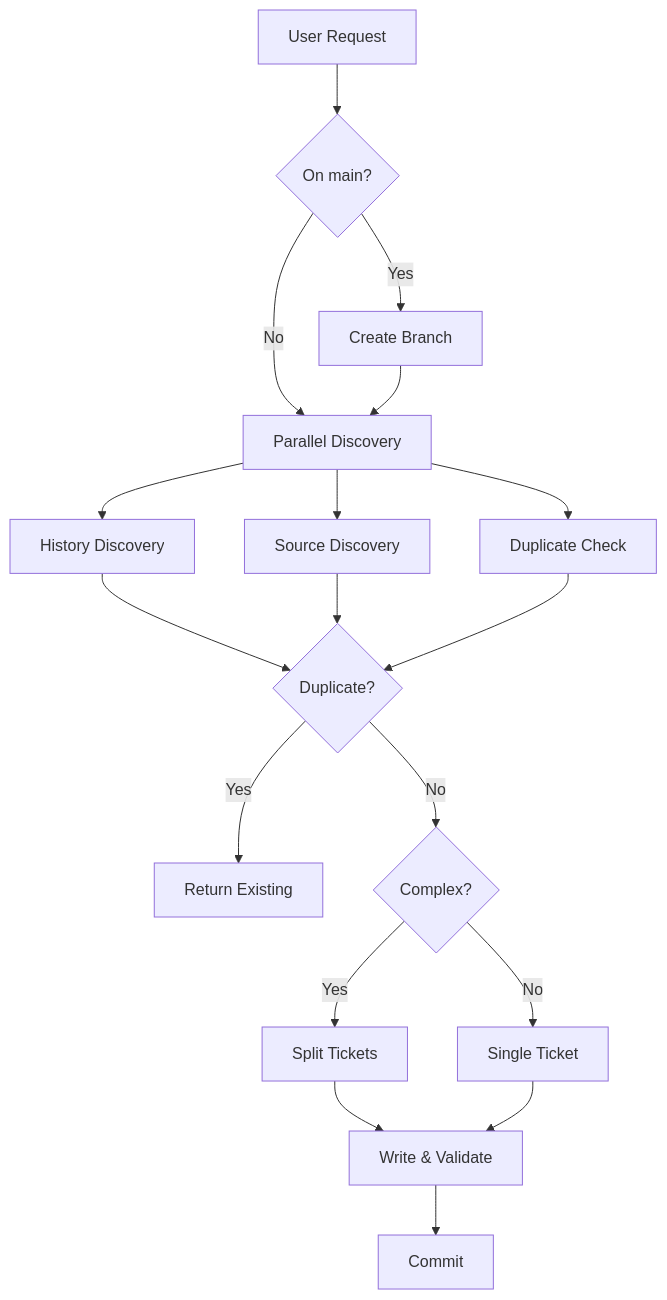
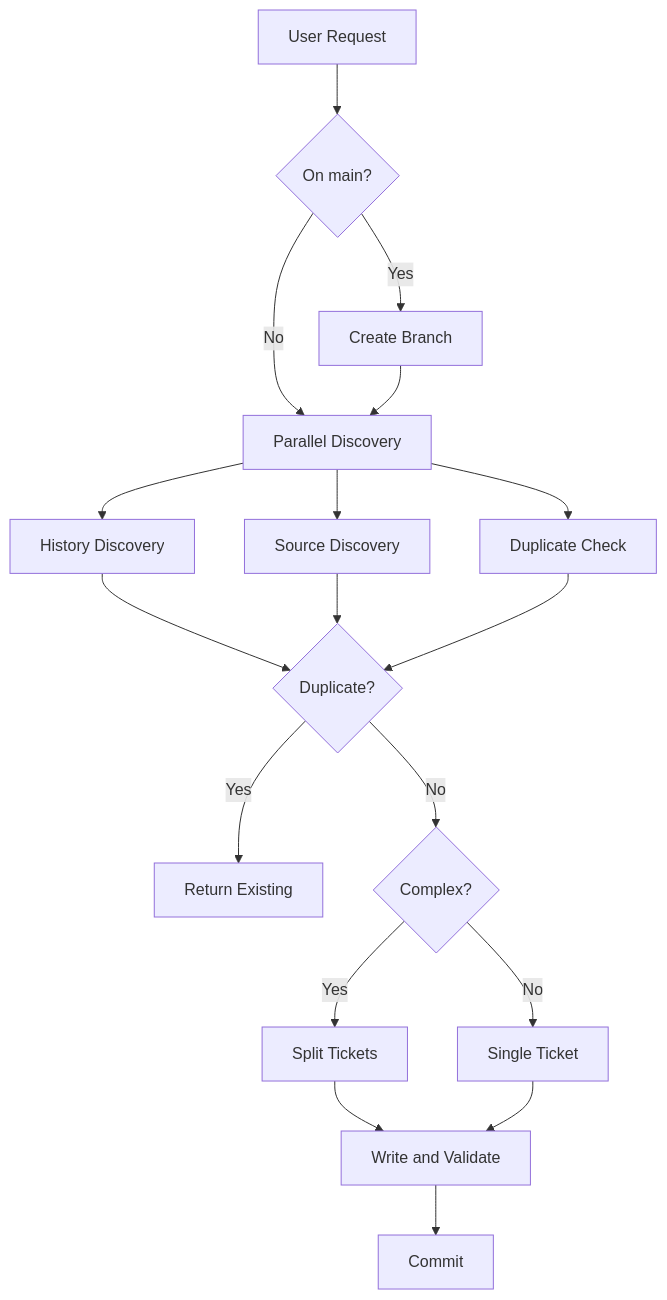
The first of 8 diagrams in .workaholic/specs/feature.md (qmu/workaholic), drawn with Mermaid before and after one commit. The commit also changed other lines of this file and 57 other files, not shown here.

````diff
--- a/.workaholic/specs/feature.md
+++ b/.workaholic/specs/feature.md
@@ -37,20 +37,20 @@
 ```mermaid
 flowchart TD
     A[User Request] --> B{On main?}
     B -->|Yes| C[Create Branch]
     B -->|No| D[Parallel Discovery]
     C --> D
     D --> E[History Discovery]
     D --> F[Source Discovery]
     D --> G[Duplicate Check]
     E --> H{Duplicate?}
     F --> H
     G --> H
     H -->|Yes| I[Return Existing]
     H -->|No| J{Complex?}
     J -->|Yes| K[Split Tickets]
     J -->|No| L[Single Ticket]
-    K --> M[Write & Validate]
+    K --> M[Write and Validate]
     L --> M
     M --> N[Commit]
 ```
````
